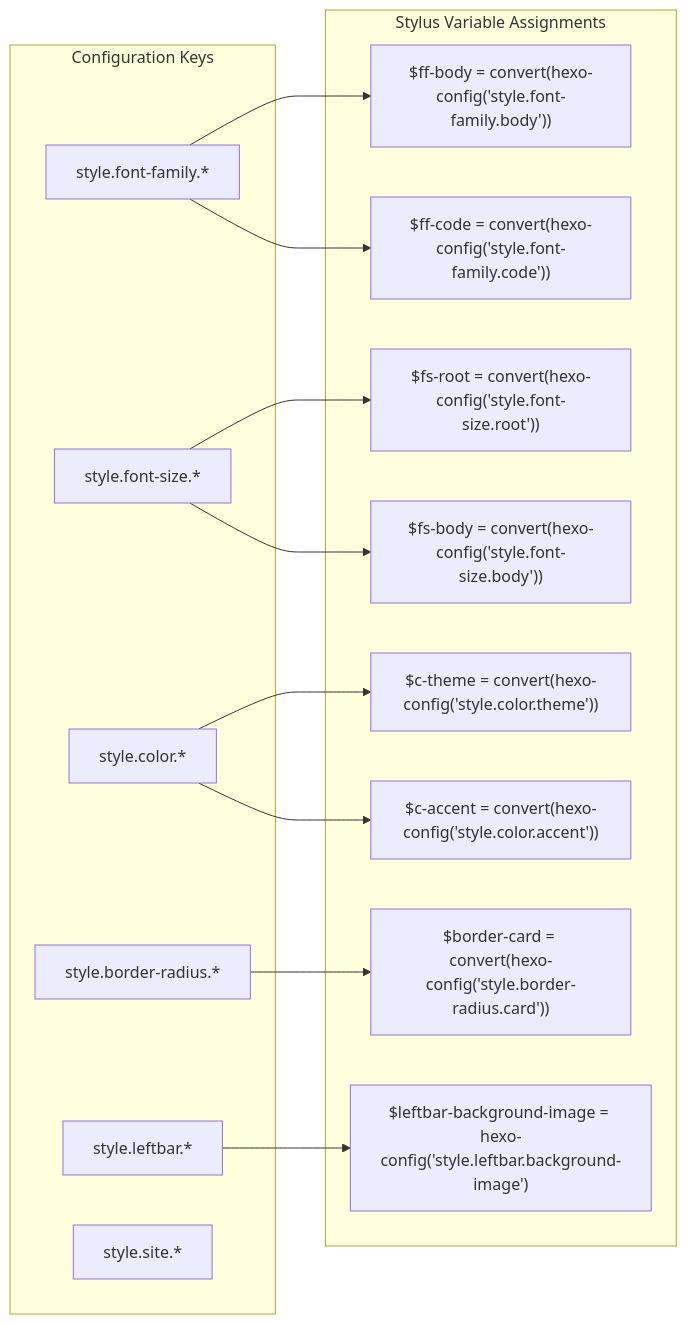
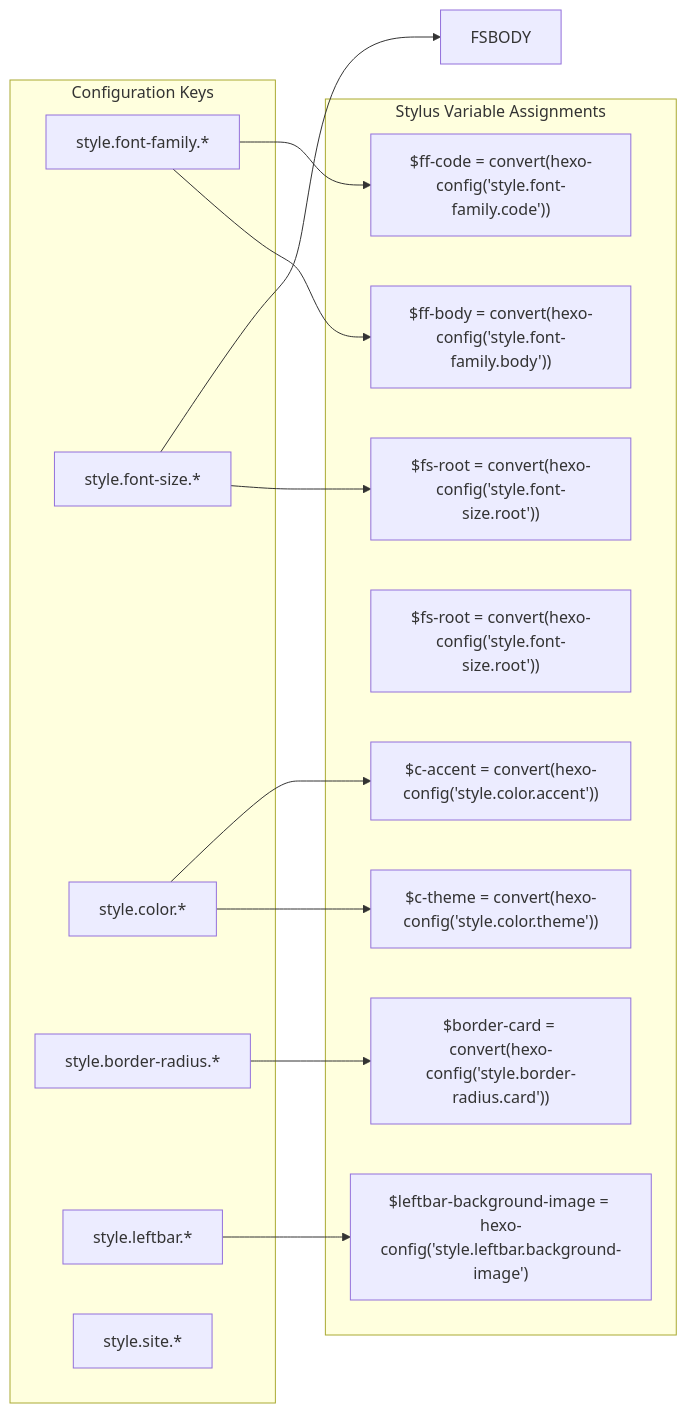
Before and after one commit to xaoxuu/hexo-theme-stellar: the second of 7 diagrams in docs/knowledge/01-样式系统/design-tokens.md, drawn with Mermaid. The commit also changed other lines of this file and 41 other files, not shown here.

````diff
--- a/docs/knowledge/01-样式系统/design-tokens.md
+++ b/docs/knowledge/01-样式系统/design-tokens.md
@@ -87,31 +87,31 @@
 ```mermaid
 graph LR
     subgraph "Configuration Keys"
         STYLEFONT["style.font-family.*"]
         STYLESIZE["style.font-size.*"]
         STYLECOLOR["style.color.*"]
         STYLEBORDER["style.border-radius.*"]
         STYLELEFT["style.leftbar.*"]
         STYLESITE["style.site.*"]
     end
     
     subgraph "Stylus Variable Assignments"
         FFBODY["$ff-body = convert(hexo-config('style.font-family.body'))"]
         FFCODE["$ff-code = convert(hexo-config('style.font-family.code'))"]
         FSROOT["$fs-root = convert(hexo-config('style.font-size.root'))"]
-        FSBODY["$fs-body = convert(hexo-config('style.font-size.body'))"]
+        FSBASE["$fs-root = convert(hexo-config('style.font-size.root'))"]
         CTHEME["$c-theme = convert(hexo-config('style.color.theme'))"]
         CACCENT["$c-accent = convert(hexo-config('style.color.accent'))"]
         BORDERCARD["$border-card = convert(hexo-config('style.border-radius.card'))"]
         LEFTBG["$leftbar-background-image = hexo-config('style.leftbar.background-image')"]
     end
     
     STYLEFONT --> FFBODY
     STYLEFONT --> FFCODE
     STYLESIZE --> FSROOT
     STYLESIZE --> FSBODY
     STYLECOLOR --> CTHEME
     STYLECOLOR --> CACCENT
     STYLEBORDER --> BORDERCARD
     STYLELEFT --> LEFTBG
 ```
````
